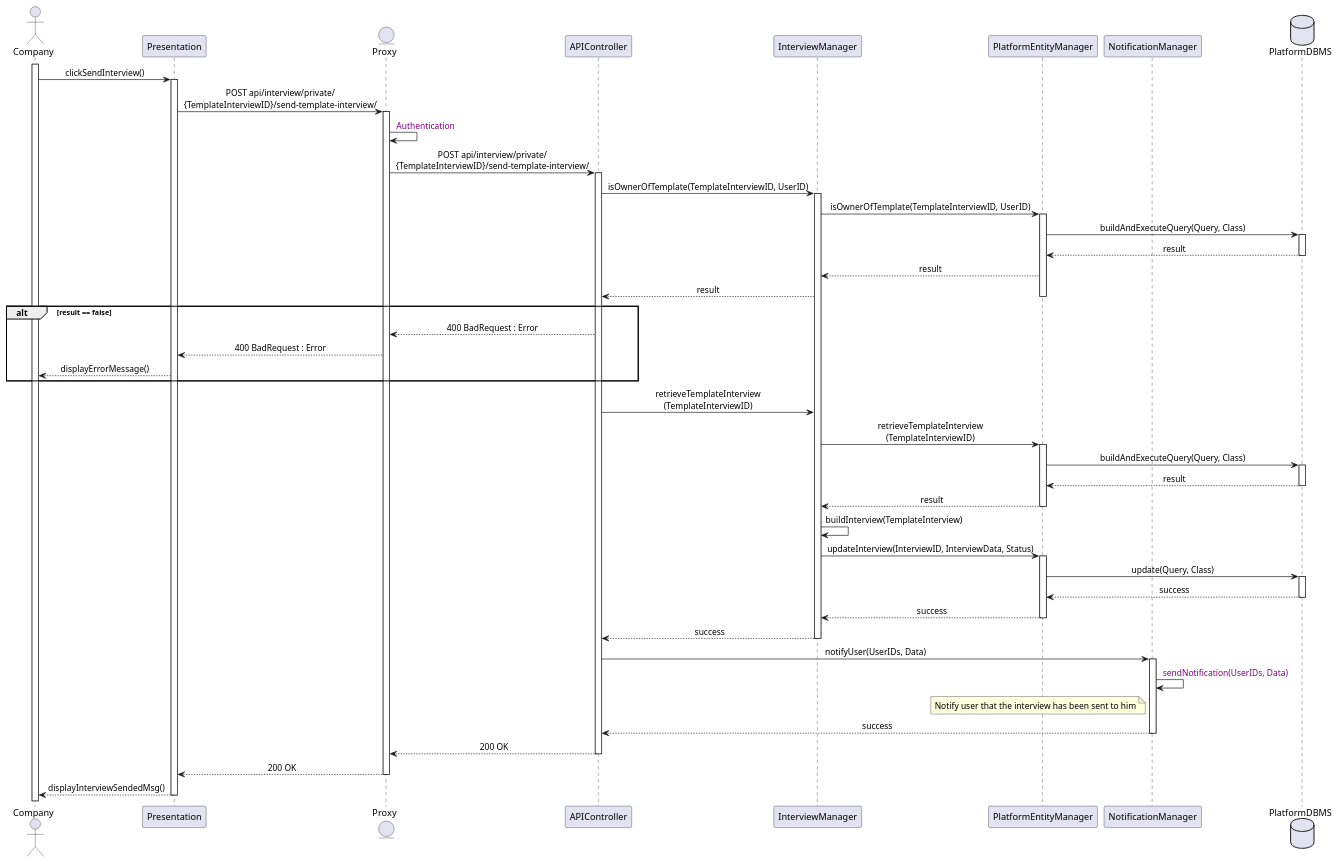
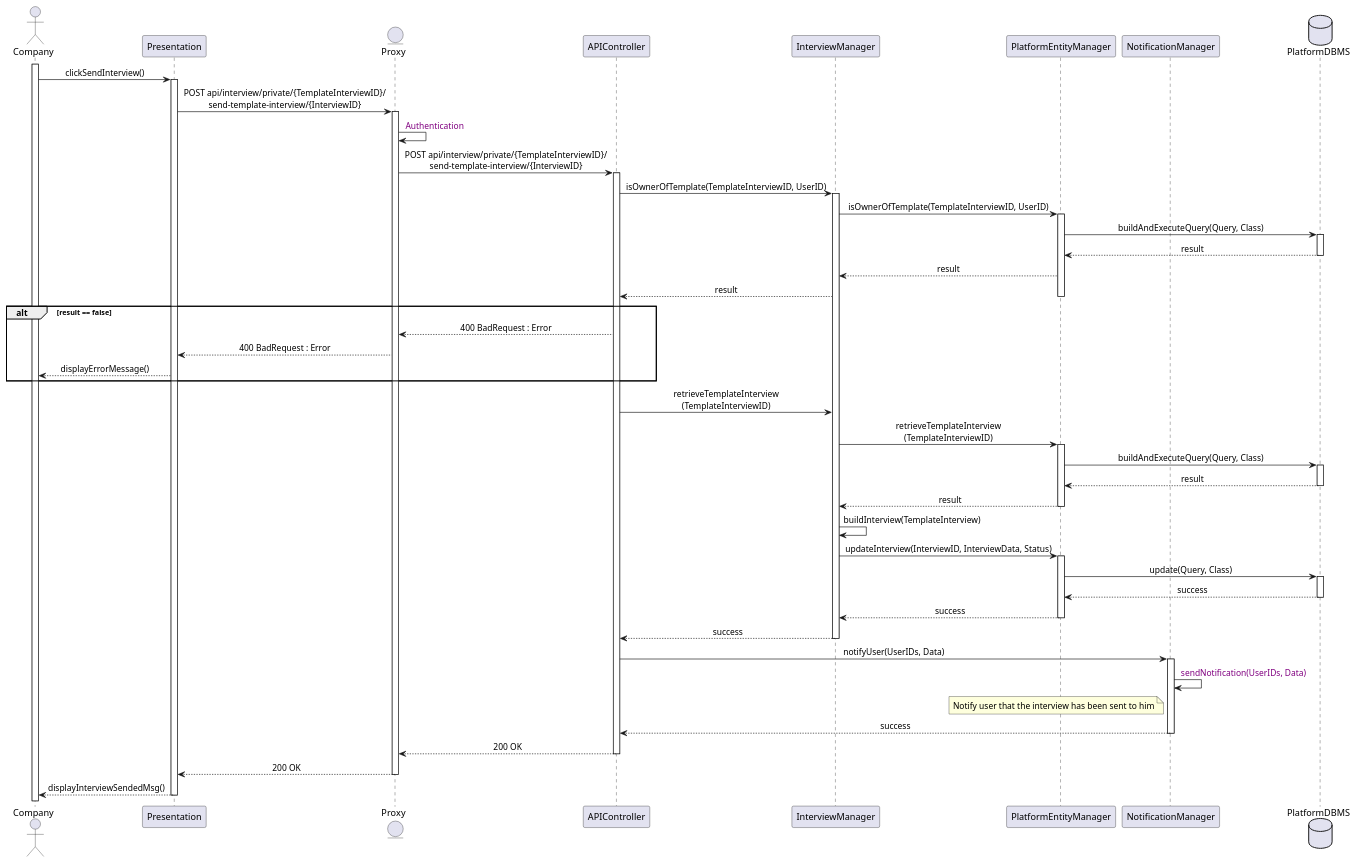
The diagram in Diagrams/SequenceDiagrams/DD/23CompanySendTemplateInterview.wsd (Slaitroc/RicciPaoliGrisoni), drawn with PlantUML before and after one commit.

Commit message:
Update sequence diagram to include InterviewID in send-template-interview API calls

```diff
--- a/Diagrams/SequenceDiagrams/DD/23CompanySendTemplateInterview.wsd
+++ b/Diagrams/SequenceDiagrams/DD/23CompanySendTemplateInterview.wsd
@@ -1,70 +1,70 @@
 @startuml 23CompanySendSavedInterview
 skinparam sequenceMessageAlign center
 actor Company
 participant Presentation
 entity Proxy
 participant APIController
 participant InterviewManager
 participant PlatformEntityManager
 participant NotificationManager
 database PlatformDBMS
 
 activate Company
 Company -> Presentation : clickSendInterview()
 activate Presentation
 'body contain the InterviewID and TemplateInterviewID
-Presentation -> Proxy : POST api/interview/private/\n{TemplateInterviewID}/send-template-interview/
+Presentation -> Proxy : POST api/interview/private/{TemplateInterviewID}/\nsend-template-interview/{InterviewID}
 activate Proxy
 Proxy -> Proxy : <color:purple> Authentication
-Proxy -> APIController : POST api/interview/private/\n{TemplateInterviewID}/send-template-interview/
+Proxy -> APIController : POST api/interview/private/{TemplateInterviewID}/\nsend-template-interview/{InterviewID}
 activate APIController
 APIController -> InterviewManager : isOwnerOfTemplate(TemplateInterviewID, UserID)
 activate InterviewManager
 InterviewManager -> PlatformEntityManager : isOwnerOfTemplate(TemplateInterviewID, UserID)
 activate PlatformEntityManager
 PlatformEntityManager -> PlatformDBMS : buildAndExecuteQuery(Query, Class)
 activate PlatformDBMS
 PlatformDBMS --> PlatformEntityManager : result
 deactivate PlatformDBMS
 PlatformEntityManager --> InterviewManager : result
 InterviewManager --> APIController : result
 deactivate PlatformEntityManager
 alt result == false
     APIController --> Proxy : 400 BadRequest : Error
     Proxy --> Presentation : 400 BadRequest : Error
     Presentation --> Company : displayErrorMessage()
 end
 APIController -> InterviewManager : retrieveTemplateInterview\n(TemplateInterviewID)
 InterviewManager -> PlatformEntityManager : retrieveTemplateInterview\n(TemplateInterviewID)
 activate PlatformEntityManager
 PlatformEntityManager -> PlatformDBMS : buildAndExecuteQuery(Query, Class)
 activate PlatformDBMS
 PlatformDBMS --> PlatformEntityManager : result
 deactivate PlatformDBMS
 PlatformEntityManager --> InterviewManager : result
 deactivate PlatformEntityManager
 'this return the InterviewData
 InterviewManager -> InterviewManager : buildInterview(TemplateInterview)
 InterviewManager -> PlatformEntityManager : updateInterview(InterviewID, InterviewData, Status)
 activate PlatformEntityManager
 PlatformEntityManager -> PlatformDBMS : update(Query, Class)
 activate PlatformDBMS
 PlatformDBMS --> PlatformEntityManager : success
 deactivate PlatformDBMS
 PlatformEntityManager --> InterviewManager : success
 deactivate PlatformEntityManager
 InterviewManager --> APIController : success
 deactivate InterviewManager
 APIController -> NotificationManager : notifyUser(UserIDs, Data)
 activate NotificationManager
 NotificationManager -> NotificationManager : <color:purple> sendNotification(UserIDs, Data)
 note left of NotificationManager : Notify user that the interview has been sent to him
 NotificationManager --> APIController : success
 deactivate NotificationManager
 APIController --> Proxy : 200 OK
 deactivate APIController
 Proxy --> Presentation : 200 OK
 deactivate Proxy
 Presentation --> Company : displayInterviewSendedMsg()
 deactivate Presentation
 @enduml
```
